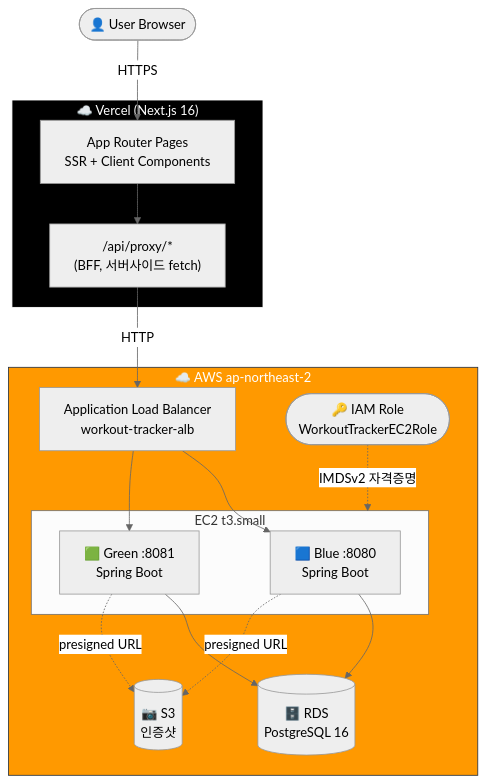
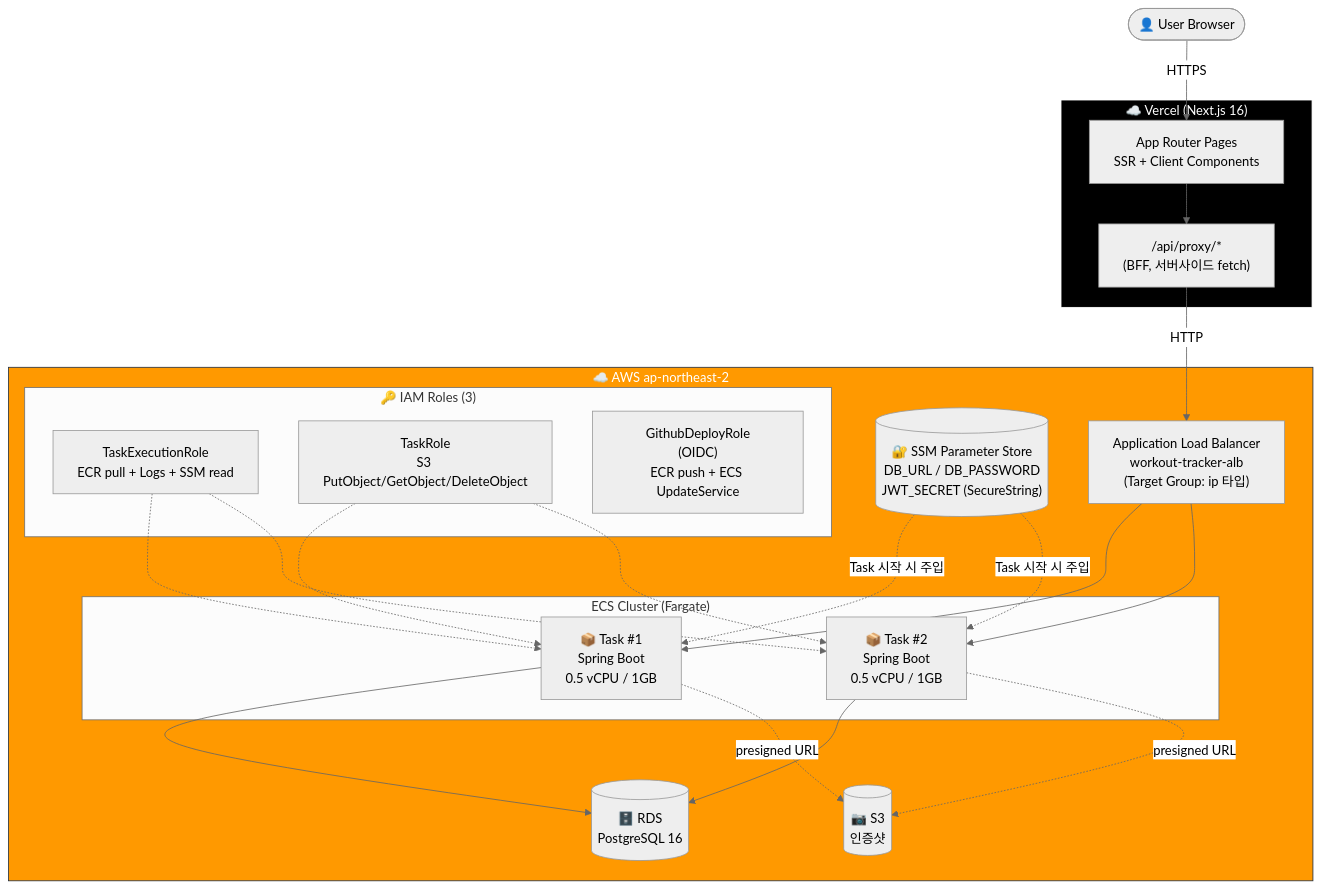
One commit to asdqweasdzxcasd/workout-tracker changed the first of 3 diagrams in README.md. Above: the diagram before and after it, drawn with Mermaid (neutral theme). The commit also changed other lines of this file and 2 other files, not shown here.

First line of the commit message:
V1 → V2 마이그레이션 (EC2 + Compose → ECS Fargate) 문서화

````diff
--- a/README.md
+++ b/README.md
@@ -27,38 +27,50 @@
 ```mermaid
 flowchart TB
     User([👤 User Browser])
 
     subgraph Vercel["☁️ Vercel (Next.js 16)"]
         Pages["App Router Pages<br/>SSR + Client Components"]
         BFF["/api/proxy/*<br/>(BFF, 서버사이드 fetch)"]
         Pages --> BFF
     end
 
     subgraph AWS["☁️ AWS ap-northeast-2"]
-        ALB["Application Load Balancer<br/>workout-tracker-alb"]
+        ALB["Application Load Balancer<br/>workout-tracker-alb<br/>(Target Group: ip 타입)"]
 
-        subgraph EC2["EC2 t3.small"]
-            Blue["🟦 Blue :8080<br/>Spring Boot"]
-            Green["🟩 Green :8081<br/>Spring Boot"]
+        subgraph ECS["ECS Cluster (Fargate)"]
+            Task1["📦 Task #1<br/>Spring Boot<br/>0.5 vCPU / 1GB"]
+            Task2["📦 Task #2<br/>Spring Boot<br/>0.5 vCPU / 1GB"]
         end
 
         RDS[("🗄️ RDS<br/>PostgreSQL 16")]
         S3[("📷 S3<br/>인증샷")]
-        IAM(["🔑 IAM Role<br/>WorkoutTrackerEC2Role"])
+
+        subgraph IAM["🔑 IAM Roles (3)"]
+            TER["TaskExecutionRole<br/>ECR pull + Logs + SSM read"]
+            TR["TaskRole<br/>S3 PutObject/GetObject/DeleteObject"]
+            GHA["GithubDeployRole<br/>(OIDC)<br/>ECR push + ECS UpdateService"]
+        end
+
+        SSM[("🔐 SSM Parameter Store<br/>DB_URL / DB_PASSWORD<br/>JWT_SECRET (SecureString)")]
     end
 
     User -->|HTTPS| Pages
     BFF -->|HTTP| ALB
-    ALB --> Blue
-    ALB --> Green
-    Blue --> RDS
-    Green --> RDS
-    Blue -.->|presigned URL| S3
-    Green -.->|presigned URL| S3
-    IAM -.->|IMDSv2 자격증명| EC2
+    ALB --> Task1
+    ALB --> Task2
+    Task1 --> RDS
+    Task2 --> RDS
+    Task1 -.->|presigned URL| S3
+    Task2 -.->|presigned URL| S3
+    TER -.-> Task1
+    TER -.-> Task2
+    TR -.-> Task1
+    TR -.-> Task2
+    SSM -.->|Task 시작 시 주입| Task1
+    SSM -.->|Task 시작 시 주입| Task2
 
     classDef vercel fill:#000,stroke:#fff,color:#fff
     classDef aws fill:#FF9900,stroke:#232F3E,color:#fff
     class Vercel vercel
     class AWS aws
 ```
````
